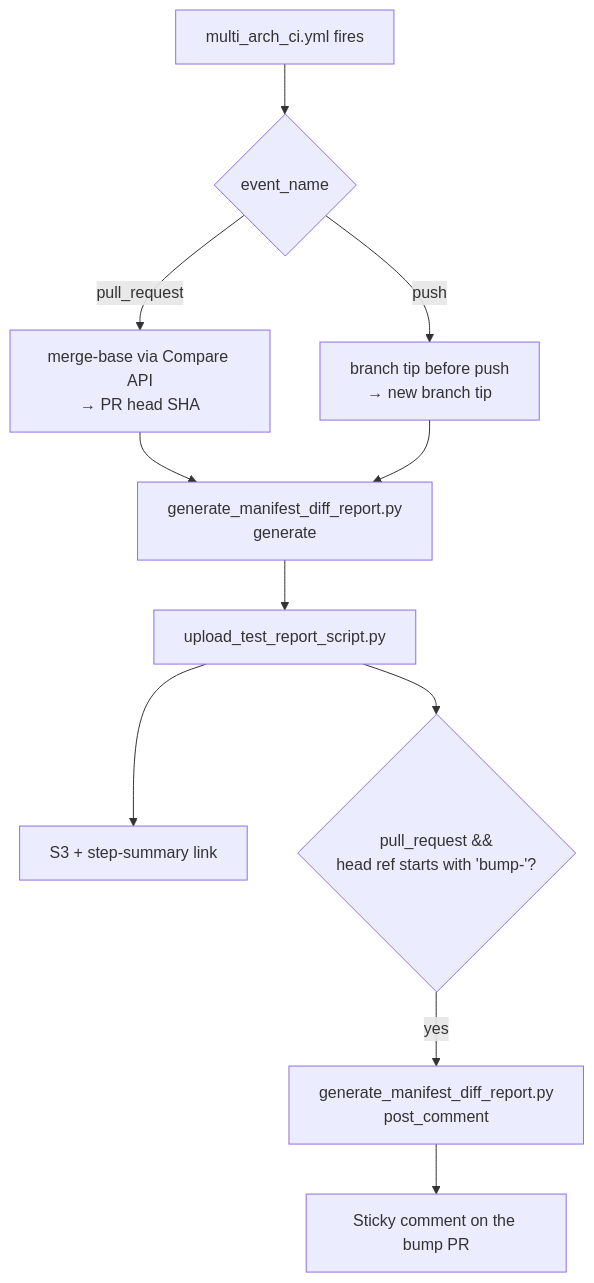
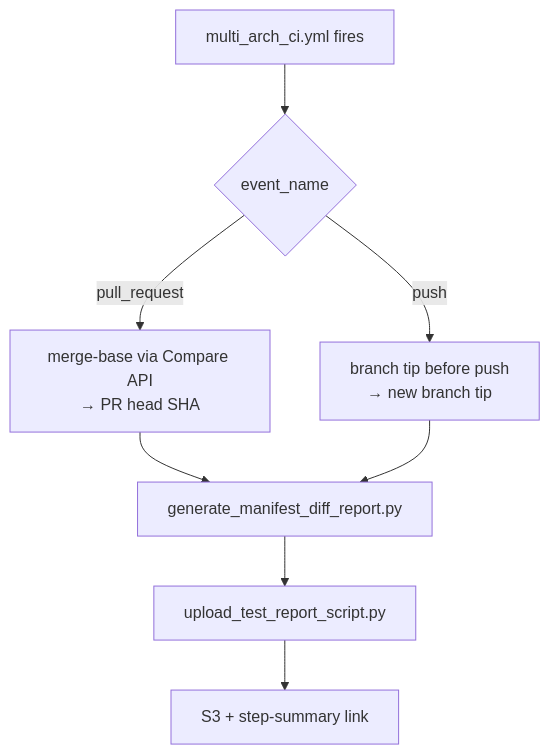
Before and after one commit to ROCm/TheRock: the diagram in docs/development/manifest_diff.md, drawn with Mermaid. The commit also changed other lines of this file and 4 other files, not shown here.

First line of the commit message:
Revert "ci(manifest-diff): Post manifest-diff report link as a bump-PR commen…"

````diff
--- a/docs/development/manifest_diff.md
+++ b/docs/development/manifest_diff.md
@@ -15,13 +15,10 @@
 ```mermaid
 flowchart TD
     A[multi_arch_ci.yml fires] --> B{event_name}
     B -- pull_request --> P[merge-base via Compare API<br/>→ PR head SHA]
     B -- push --> U[branch tip before push<br/>→ new branch tip]
-    P --> G["generate_manifest_diff_report.py<br/>generate"]
+    P --> G[generate_manifest_diff_report.py]
     U --> G
     G --> O[upload_test_report_script.py]
     O --> H[S3 + step-summary link]
-    O --> C{"pull_request &&<br/>head ref starts with 'bump-'?"}
-    C -- yes --> D["generate_manifest_diff_report.py<br/>post_comment"]
-    D --> E[Sticky comment on the bump PR]
 ```
````
